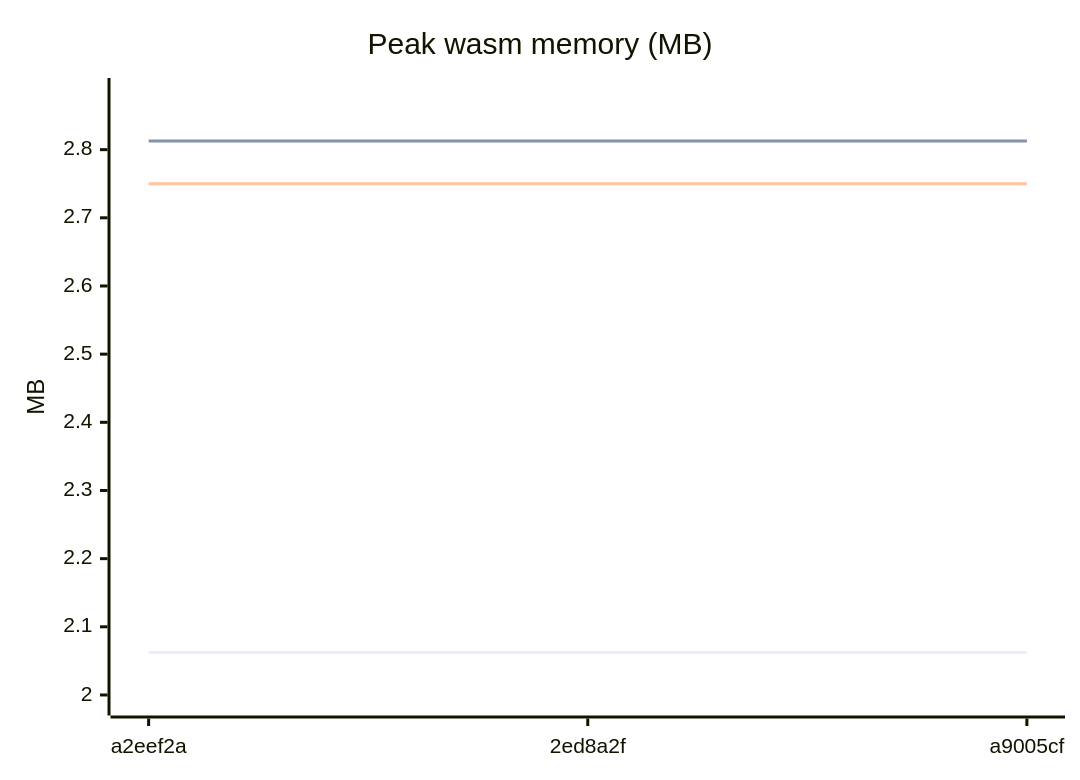
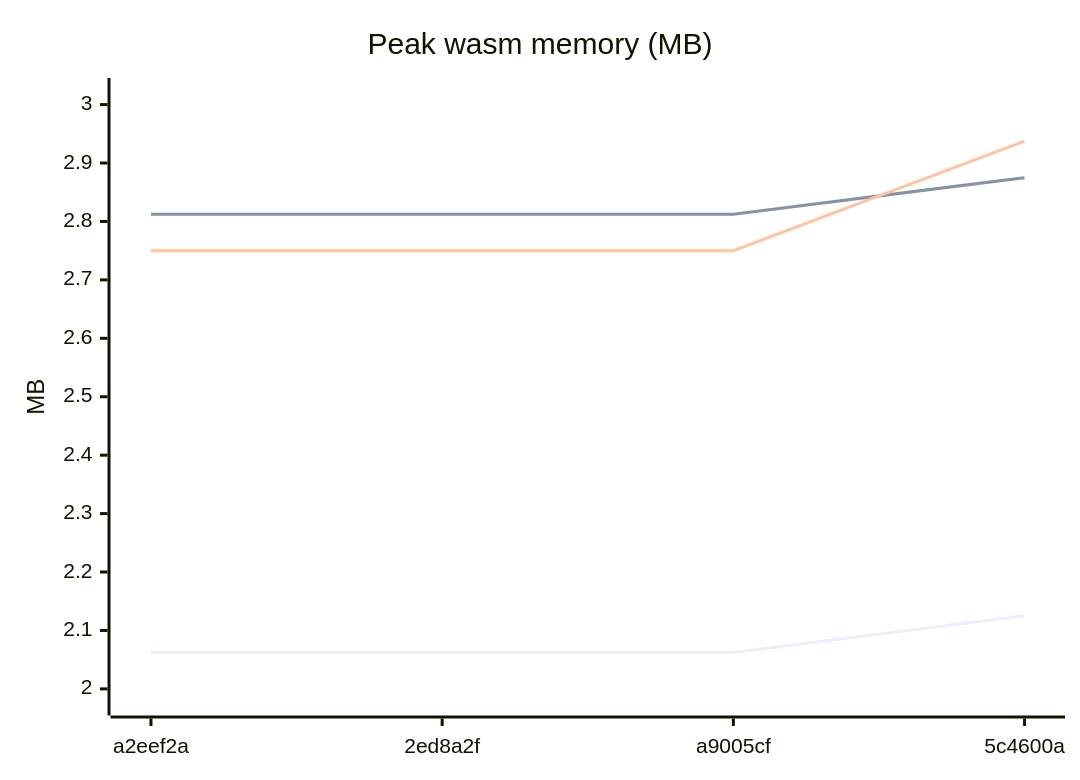
The seventh of 7 diagrams in CHART.md (Karakatiza666/roc-cloudflare-workers), drawn with Mermaid before and after one commit. The commit also changed other lines of this file and 2 other files, not shown here.

````diff
--- a/CHART.md
+++ b/CHART.md
@@ -101,9 +101,9 @@
 ```mermaid
 xychart-beta
     title "Peak wasm memory (MB)"
-    x-axis ["a2eef2a", "2ed8a2f", "a9005cf"]
-    y-axis "MB" 1.9875 --> 2.8875
-    line [2.0625, 2.0625, 2.0625]
-    line [2.8125, 2.8125, 2.8125]
-    line [2.75, 2.75, 2.75]
+    x-axis ["a2eef2a", "2ed8a2f", "a9005cf", "5c4600a"]
+    y-axis "MB" 1.975 --> 3.025
+    line [2.0625, 2.0625, 2.0625, 2.125]
+    line [2.8125, 2.8125, 2.8125, 2.875]
+    line [2.75, 2.75, 2.75, 2.9375]
 ```
````
